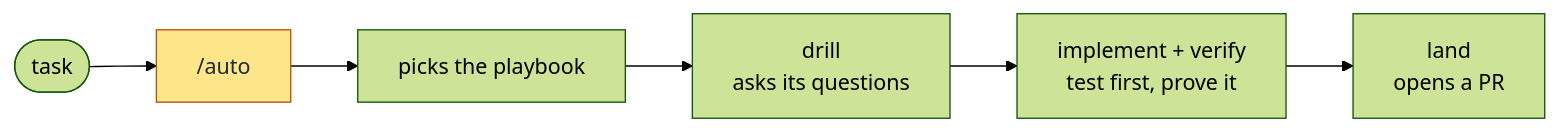
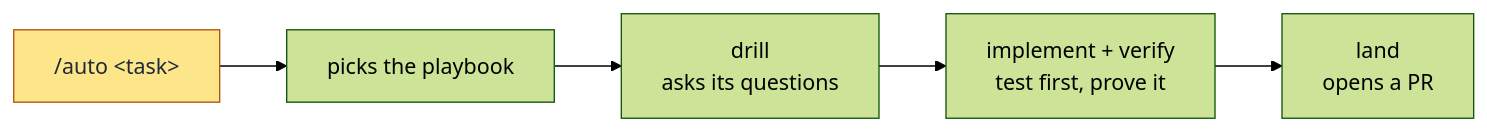
One commit to pwguler/skills changed the second of 2 diagrams in README.md. Above: the diagram before and after it, drawn with Mermaid (forest theme). The commit also changed other lines of this file, not shown here.

Commit message:
readme: start each flow at the command you type, /drill <task> or /auto <task>
The separate task node goes; the first box of each flow is the command with its task. Rendered with mermaid-cli and read before committing.

````diff
--- a/README.md
+++ b/README.md
@@ -73,10 +72,9 @@
 ```mermaid
 flowchart LR
-    task([task]) --> y1["/auto"]
-    y1 --> pb["picks the playbook"]
+    y1["/auto #lt;task#gt;"] --> pb["picks the playbook"]
     pb --> drill["drill<br/>asks its questions"]
     drill --> impl["implement + verify<br/>test first, prove it"]
     impl --> land["land<br/>opens a PR"]
     classDef you fill:#fde68a,stroke:#b45309,color:#1f2937
     class y1 you
 ```
````
